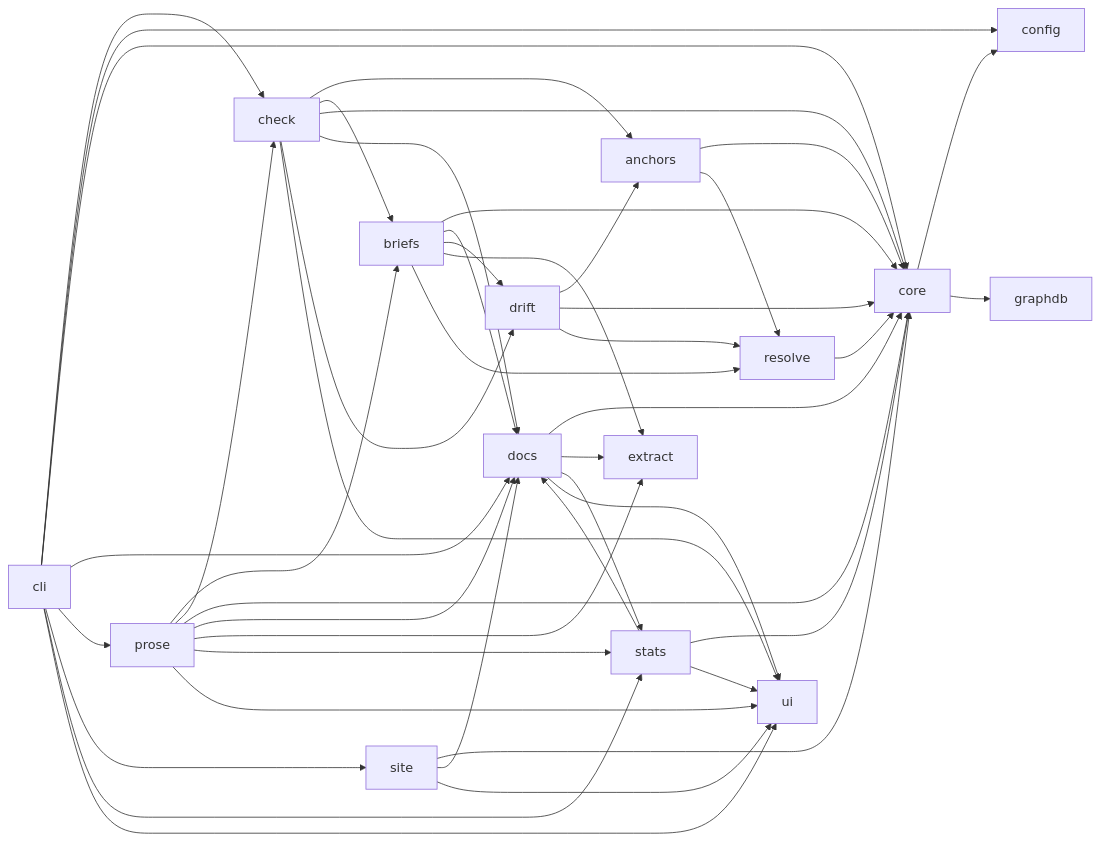
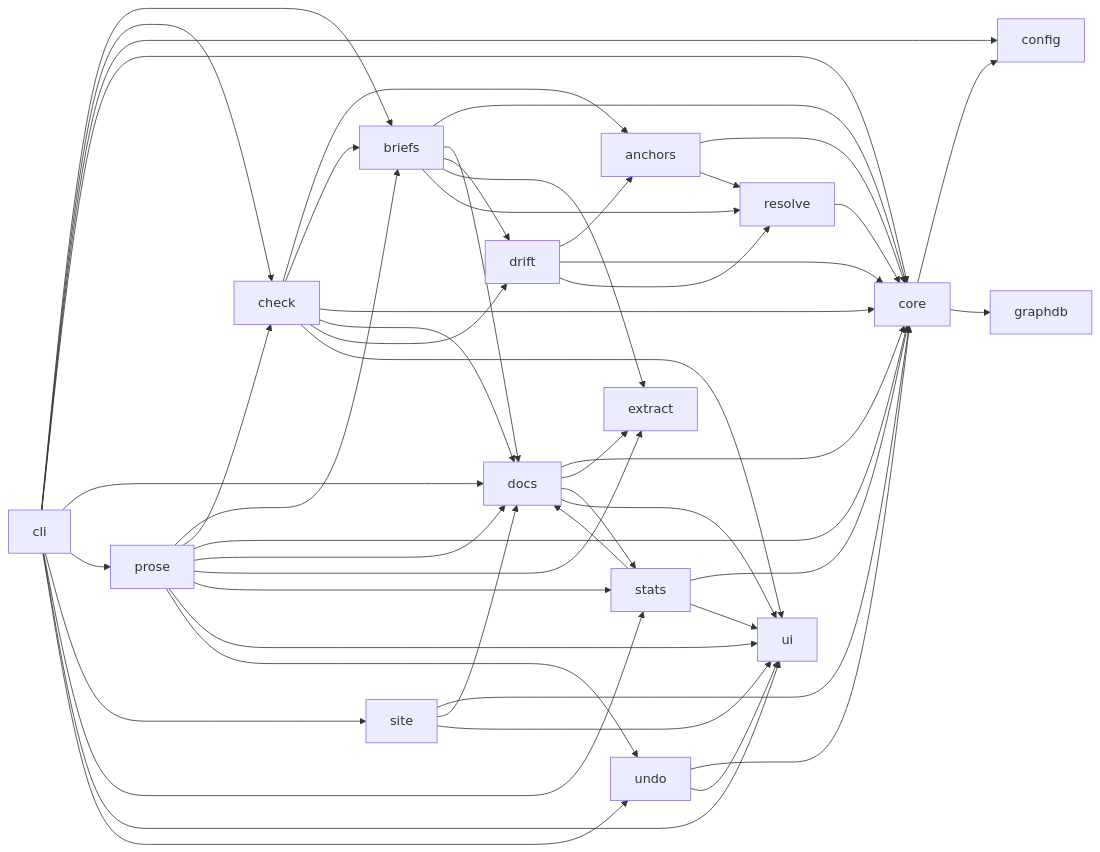
Before and after one commit to aseemchopra25/documate: the diagram in docs/ARCHITECTURE.md, drawn with Mermaid. The commit also changed other lines of this file and 22 other files, not shown here.

````diff
--- a/docs/ARCHITECTURE.md
+++ b/docs/ARCHITECTURE.md
@@ -6,47 +6,52 @@
 ```mermaid
 flowchart LR
   anchors --> core
   anchors --> resolve
   briefs --> core
   briefs --> docs
   briefs --> drift
   briefs --> extract
   briefs --> resolve
   check --> anchors
   check --> briefs
   check --> core
   check --> docs
   check --> drift
   check --> ui
+  cli --> briefs
   cli --> check
   cli --> config
   cli --> core
   cli --> docs
   cli --> prose
   cli --> site
   cli --> stats
   cli --> ui
+  cli --> undo
   core --> config
   core --> graphdb
   docs --> core
   docs --> extract
   docs --> stats
   docs --> ui
   drift --> anchors
   drift --> core
   drift --> resolve
   prose --> briefs
   prose --> check
   prose --> core
   prose --> docs
   prose --> extract
   prose --> stats
   prose --> ui
+  prose --> undo
   resolve --> core
   site --> core
   site --> docs
   site --> ui
   stats --> core
   stats --> docs
   stats --> ui
+  undo --> core
+  undo --> ui
 ```
````
